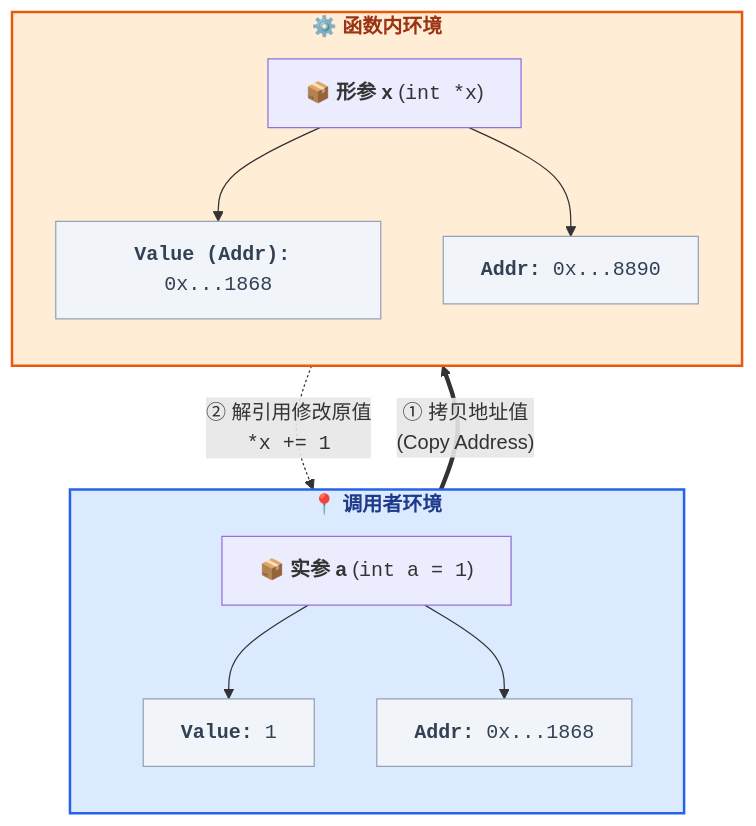
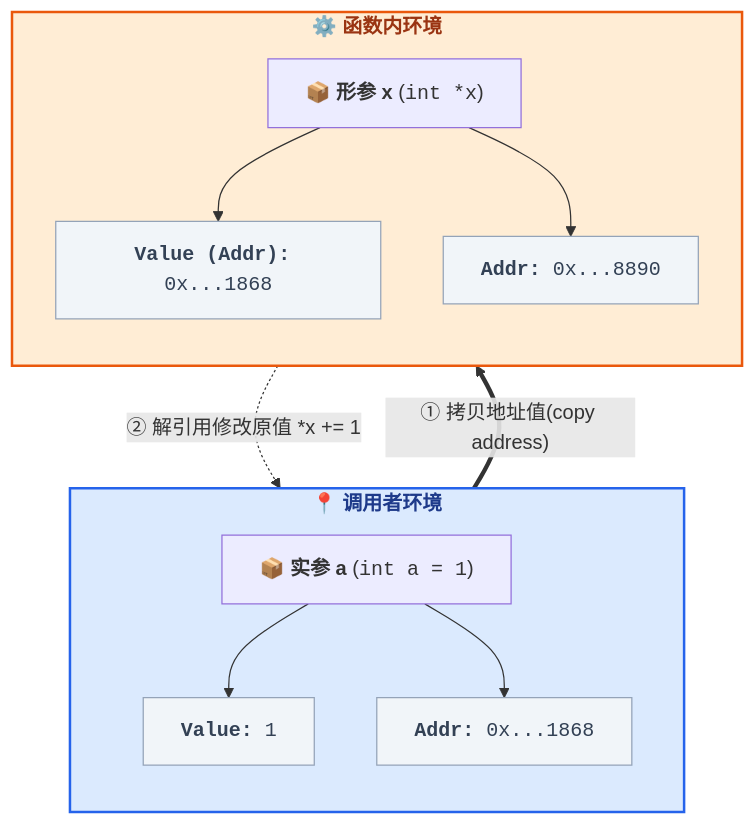
The third of 4 diagrams in _posts/c_c++/2024-12-23-function.md (dmjcb/dmjcb.github.io), drawn with Mermaid before and after one commit. The commit also changed other lines of this file and 8 other files, not shown here.

````diff
--- a/_posts/c_c++/2024-12-23-function.md
+++ b/_posts/c_c++/2024-12-23-function.md
@@ -257,33 +252,33 @@
 ```mermaid
 flowchart TB
     %% 样式定义
     classDef argMain fill:#dbeafe,stroke:#2563eb,stroke-width:2px,color:#1e3a8a,font-weight:bold;
     classDef paramMain fill:#ffedd5,stroke:#ea580c,stroke-width:2px,color:#9a3412,font-weight:bold;
     classDef memNode fill:#f1f5f9,stroke:#94a3b8,stroke-width:1px,color:#334155,font-family:monospace;
     classDef actionLine stroke:#ef4444,stroke-width:2px,stroke-dasharray: 5 5;
 
     subgraph ArgEnv ["📍 调用者环境"]
         direction TB
         ArgA["📦 <b>实参 a</b> (<code>int a = 1</code>)"]
         ArgA_Val["<b>Value:</b> <code>1</code>"]
         ArgA_Addr["<b>Addr:</b> <code>0x...1868</code>"]
         ArgA --> ArgA_Val
         ArgA --> ArgA_Addr
     end
 
     subgraph ParamEnv ["⚙️ 函数内环境"]
         direction TB
         ParamX["📦 <b>形参 x</b> (<code>int *x</code>)"]
         ParamX_Val["<b>Value (Addr):</b> <code>0x...1868</code>"]
         ParamX_Addr["<b>Addr:</b> <code>0x...8890</code>"]
         ParamX --> ParamX_Val
         ParamX --> ParamX_Addr
     end
 
-    ArgA_Addr ==>|"① 拷贝地址值<br/>(Copy Address)"| ParamX_Val
-    ParamX_Val -. "② 解引用修改原值<br/><code>*x += 1</code>" .-> ArgA_Val
+    ArgA_Addr ==>|"① 拷贝地址值(copy address)"| ParamX_Val
+    ParamX_Val -. "② 解引用修改原值 *x += 1" .-> ArgA_Val
     
     class ArgEnv argMain;
     class ParamEnv paramMain;
     class ArgA_Val,ArgA_Addr,ParamX_Val,ParamX_Addr memNode;
 ```
````
